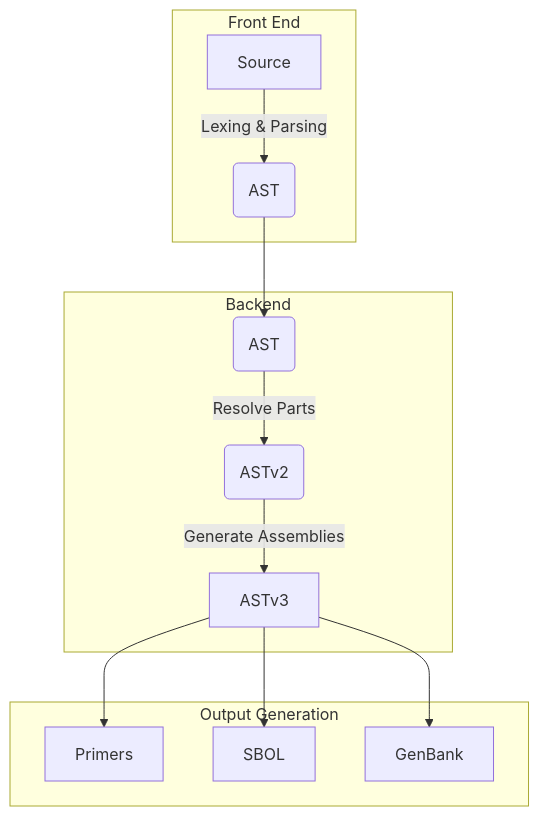
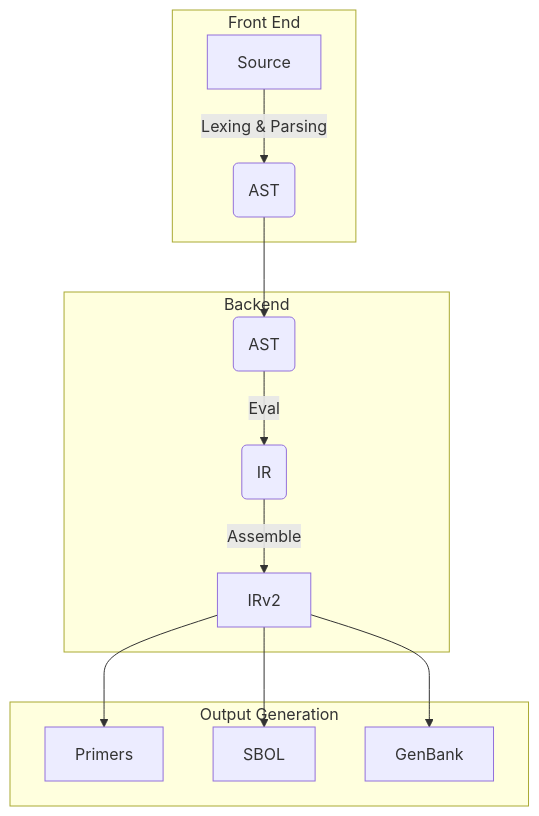
Before and after one commit to rmcl/supergsl: the diagram in docs/source/architecture.rst, drawn with Mermaid. The commit also changed other lines of this file and 1 other file, not shown here.

```diff
--- a/docs/source/architecture.rst
+++ b/docs/source/architecture.rst
@@ -10,18 +10,18 @@
 .. mermaid::
     :align: center
 
     graph TB
         subgraph "Front End"
             A[Source] -->|Lexing & Parsing| B(AST)
         end
         subgraph "Backend"
         B --> C(AST)
-        C -->|Resolve Parts| D(ASTv2)
-        D -->|Generate Assemblies| E[ASTv3]
+        C -->|Eval| D(IR)
+        D -->|Assemble| E[IRv2]
         end
 
         subgraph "Output Generation"
         E --> F[Primers]
         E --> G[SBOL]
         E --> H[GenBank]
         end
```
